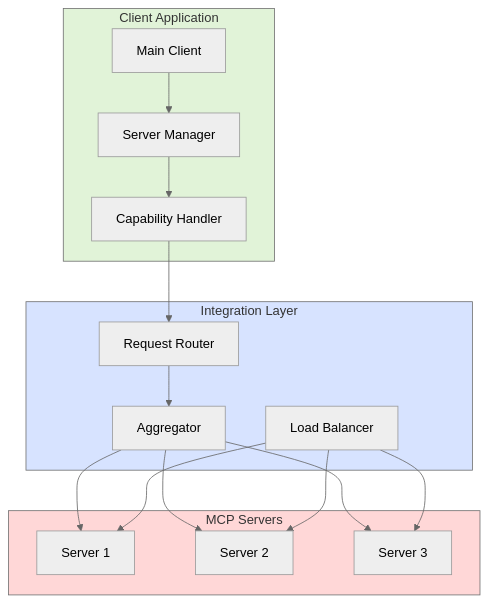
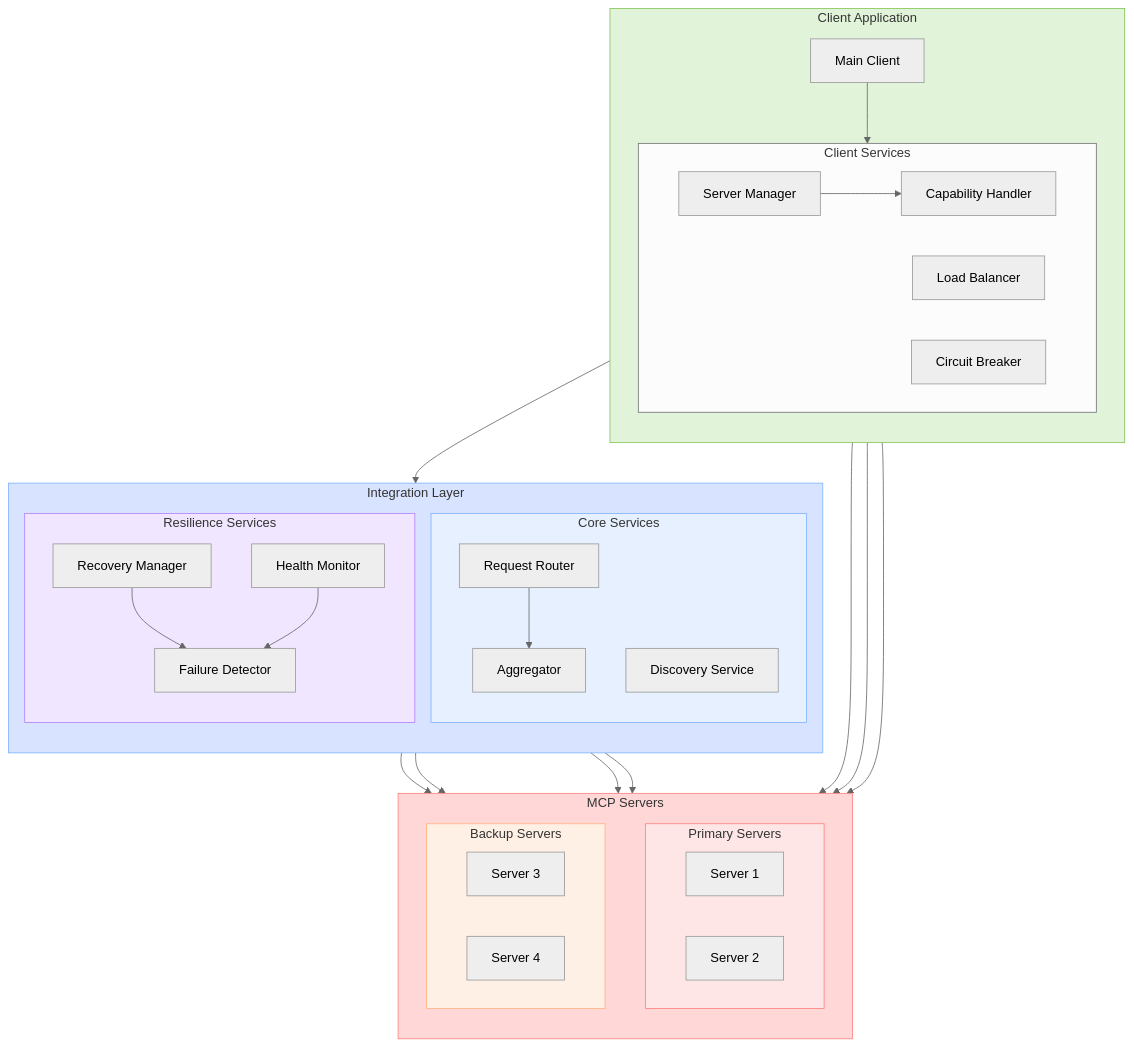
One commit to sparesparrow/cursor-rules changed the first of 4 diagrams in .cursor/rules/diagrams/mcp-integration-patterns.mdc. Above: the diagram before and after it, drawn with Mermaid (neutral theme). The commit also changed other lines of this file and 5 other files, not shown here.

````diff
--- a/.cursor/rules/diagrams/mcp-integration-patterns.mdc
+++ b/.cursor/rules/diagrams/mcp-integration-patterns.mdc
@@ -9,36 +9,65 @@
 ```mermaid
 graph TB
     subgraph Client ["Client Application"]
+        direction TB
         MC[Main Client]
-        SM[Server Manager]
-        CH[Capability Handler]
+        subgraph ClientServices ["Client Services"]
+            direction LR
+            SM[Server Manager]
+            CH[Capability Handler]
+            LB[Load Balancer]
+            CB[Circuit Breaker]
+        end
     end
 
     subgraph Servers ["MCP Servers"]
-        S1[Server 1]
-        S2[Server 2]
-        S3[Server 3]
+        direction TB
+        subgraph Primary ["Primary Servers"]
+            S1[Server 1]
+            S2[Server 2]
+        end
+        subgraph Backup ["Backup Servers"]
+            S3[Server 3]
+            S4[Server 4]
+        end
     end
 
     subgraph Integration ["Integration Layer"]
-        AG[Aggregator]
-        RR[Request Router]
-        LB[Load Balancer]
+        direction TB
+        subgraph Core ["Core Services"]
+            AG[Aggregator]
+            RR[Request Router]
+            DI[Discovery Service]
+        end
+        subgraph Resilience ["Resilience Services"]
+            FD[Failure Detector]
+            RM[Recovery Manager]
+            HM[Health Monitor]
+        end
     end
 
-    MC --> SM
+    MC --> ClientServices
     SM --> CH
     CH --> RR
     RR --> AG
-    AG --> S1
-    AG --> S2
-    AG --> S3
     
-    LB --> S1
-    LB --> S2
-    LB --> S3
+    AG --> Primary
+    AG --> Backup
+    
+    LB --> Primary
+    CB --> Primary
+    CB --> Backup
+    
+    FD --> Primary
+    FD --> Backup
+    RM --> FD
+    HM --> FD
 
-    style Client fill:#e1f3d8
-    style Servers fill:#ffd7d7
-    style Integration fill:#d7e3ff
+    style Client fill:#e1f3d8,stroke:#82c458
+    style Servers fill:#ffd7d7,stroke:#ff8080
+    style Integration fill:#d7e3ff,stroke:#80b3ff
+    style Primary fill:#ffe6e6,stroke:#ff8080
+    style Backup fill:#fff0e6,stroke:#ffb380
+    style Core fill:#e6f0ff,stroke:#80b3ff
+    style Resilience fill:#f0e6ff,stroke:#b380ff
 ```
````
